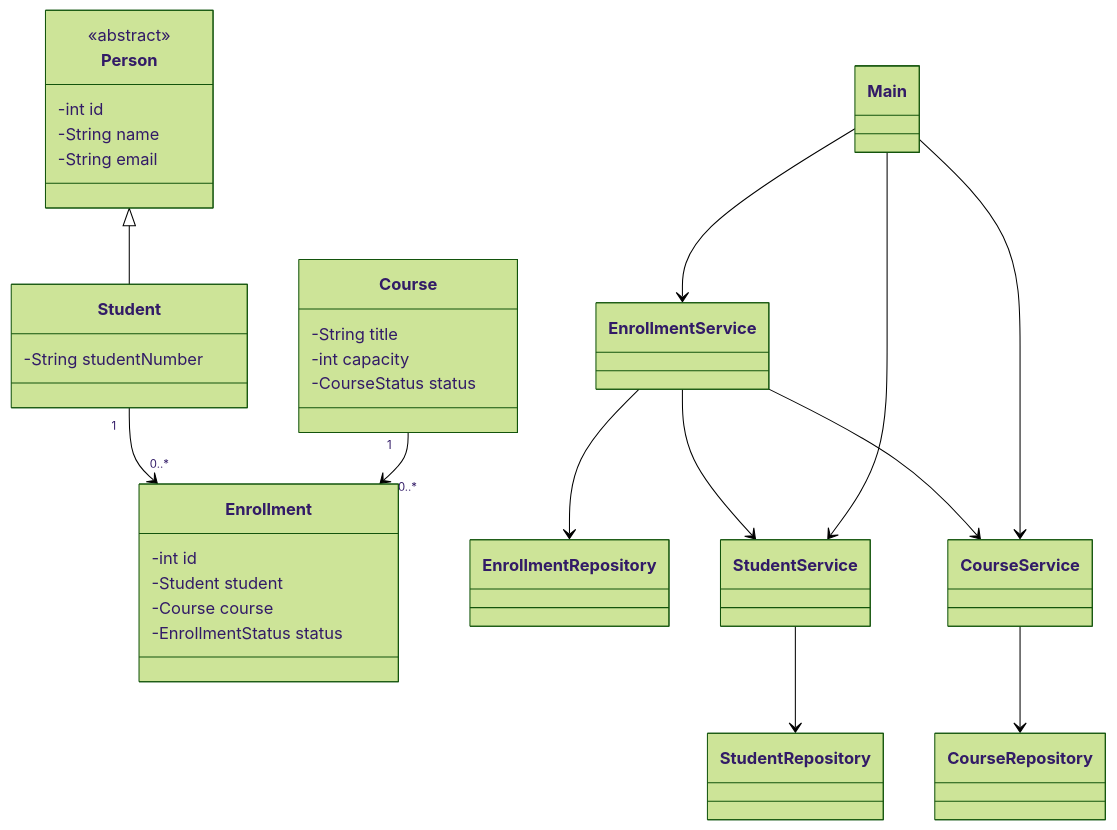
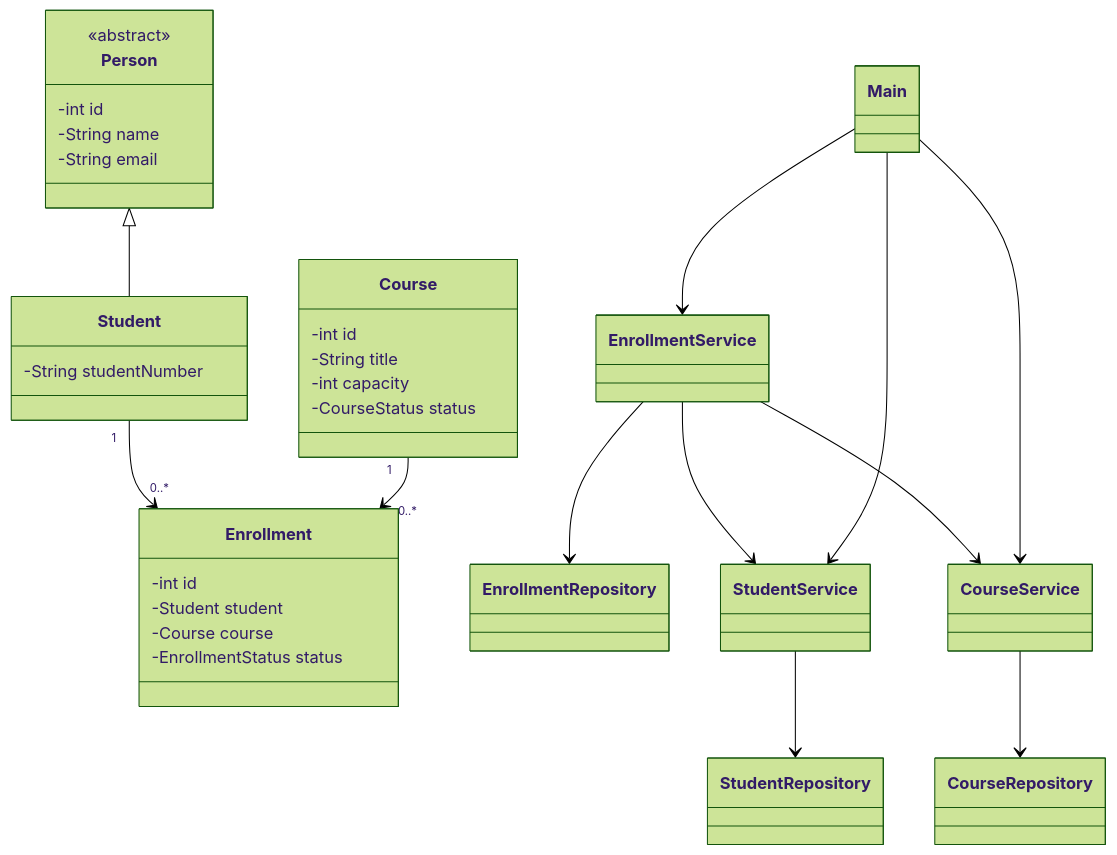
The diagram in README.md (npandey872000/LearnTrack), drawn with Mermaid (forest theme) before and after one commit. The commit also changed other lines of this file, not shown here.

````diff
--- a/README.md
+++ b/README.md
@@ -31,41 +33,42 @@
 ```mermaid
 classDiagram
     class Person {
         <<abstract>>
         -int id
         -String name
         -String email
     }
     class Student {
         -String studentNumber
     }
     class Course {
+        -int id
         -String title
         -int capacity
         -CourseStatus status
     }
     class Enrollment {
         -int id
         -Student student
         -Course course
         -EnrollmentStatus status
     }
     class StudentRepository
     class CourseRepository
     class EnrollmentRepository
     class StudentService
     class CourseService
     class EnrollmentService
     class Main
     Person <|-- Student
     Student "1" --> "0..*" Enrollment
     Course "1" --> "0..*" Enrollment
     StudentService --> StudentRepository
     CourseService --> CourseRepository
     EnrollmentService --> EnrollmentRepository
     EnrollmentService --> StudentService
     EnrollmentService --> CourseService
     Main --> StudentService
     Main --> CourseService
     Main --> EnrollmentService
 ```
````
